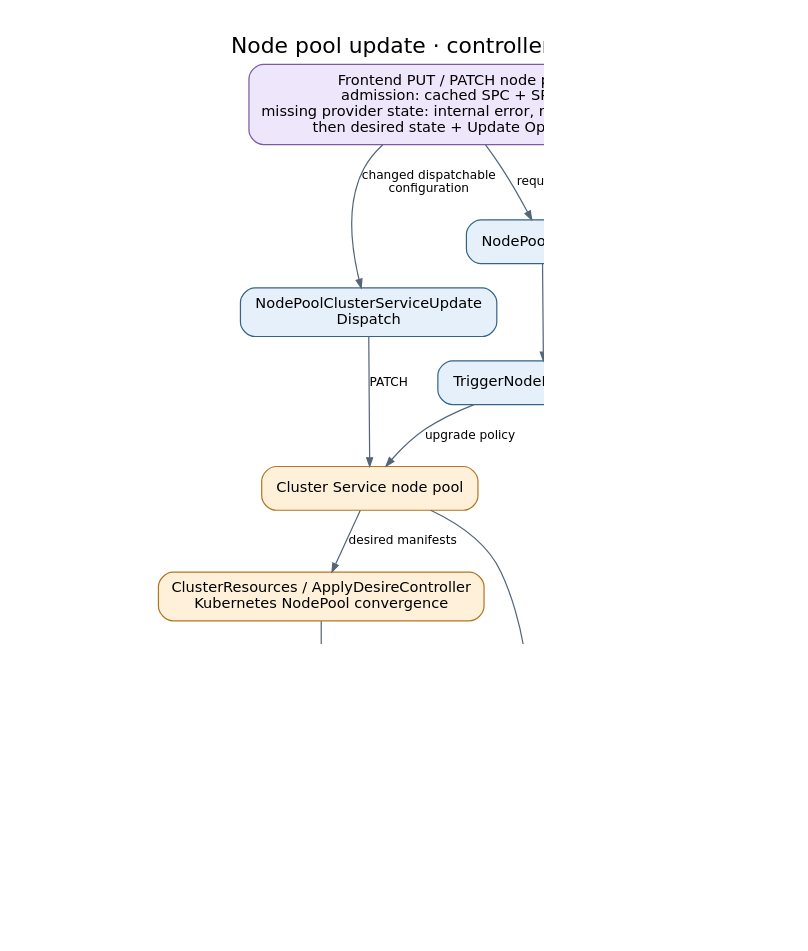
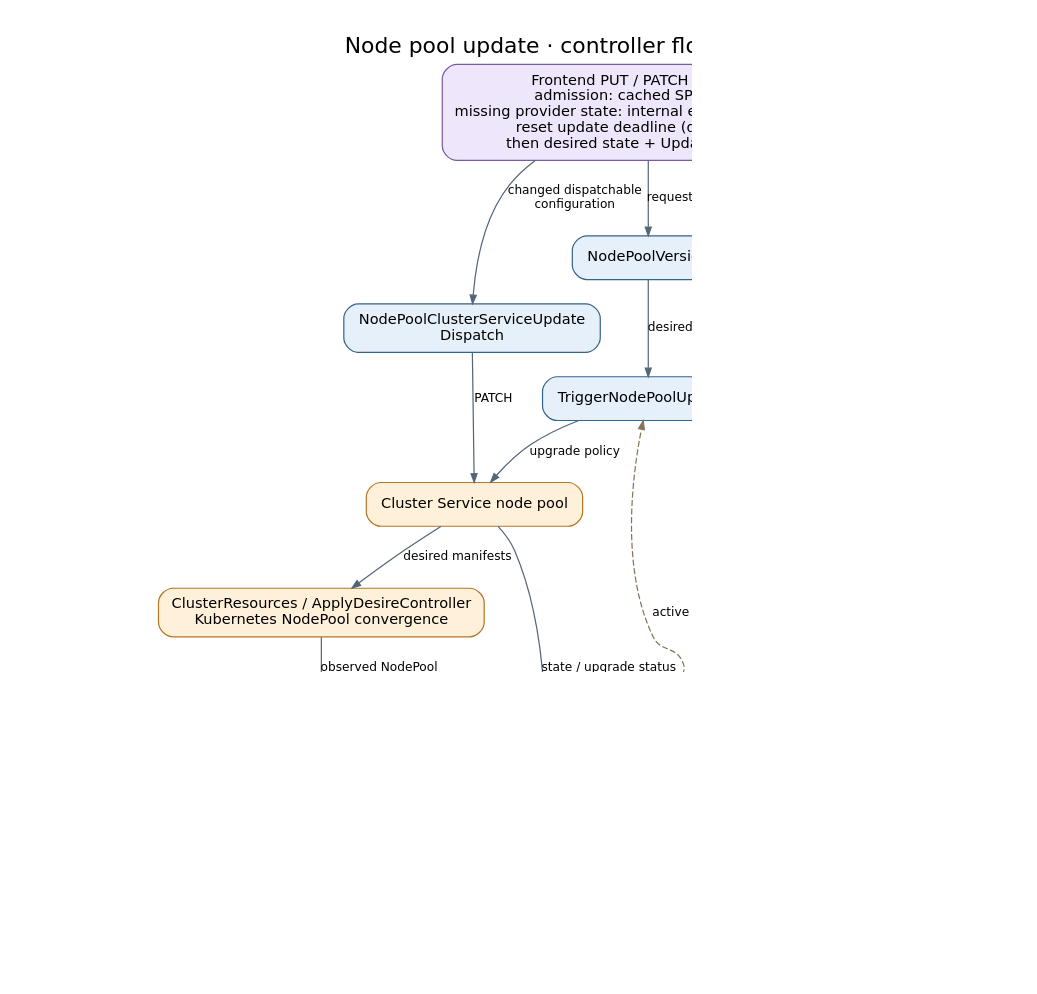
Before and after one commit to Azure/ARO-HCP: the diagram in docs/diagrams/controller-flows/nodepool-update.dot, drawn with Graphviz. The commit also changed 24 other files, not shown here.

First line of the commit message:
fix: enforce cluster and node pool update deadlines

```diff
--- a/docs/diagrams/controller-flows/nodepool-update.dot
+++ b/docs/diagrams/controller-flows/nodepool-update.dot
@@ -1,30 +1,31 @@
 digraph nodepool_update {
   graph [rankdir=TB, bgcolor="white", pad="0.3", nodesep="0.4", ranksep="0.55", fontname="DejaVu Sans", fontsize=18, labelloc=t, label="Node pool update · controller flow", dpi=110];
   node [shape=box, style="rounded,filled", fillcolor="#e6f0fa", color="#35648a", fontname="DejaVu Sans", fontsize=12, margin="0.16,0.10"];
   edge [color="#536577", fontname="DejaVu Sans", fontsize=10, arrowsize=0.7];
-  api [label="Frontend PUT / PATCH node pool\nadmission: cached SPC + SPNP\nmissing provider state: internal error, no live fallback\nthen desired state + Update Operation", fillcolor="#eee7fb", color="#7b59a4"];
+  api [label="Frontend PUT / PATCH node pool\nadmission: cached SPC + SPNP\nmissing provider state: internal error, no live fallback\nreset update deadline (default 60m)\nthen desired state + Update Operation", fillcolor="#eee7fb", color="#7b59a4"];
   dispatch [label="NodePoolClusterServiceUpdate\nDispatch", fillcolor="#e6f0fa", color="#35648a"];
   version [label="NodePoolVersion", fillcolor="#e6f0fa", color="#35648a"];
   upgrade [label="TriggerNodePoolUpgrade", fillcolor="#e6f0fa", color="#35648a"];
   cs [label="Cluster Service node pool", fillcolor="#fff0da", color="#b27624"];
   kube [label="ClusterResources / ApplyDesireController\nKubernetes NodePool convergence", fillcolor="#fff0da", color="#b27624"];
   mirror [label="ReadDesireKubernetesController", fillcolor="#e6f0fa", color="#35648a"];
   active [label="NodePoolActiveVersions", fillcolor="#e6f0fa", color="#35648a"];
   op [label="OperationNodePoolUpdate", fillcolor="#e6f0fa", color="#35648a"];
   done [label="ARM operation terminal state", fillcolor="#e4f2e5", color="#4c8053"];
   api -> dispatch [label="changed dispatchable\nconfiguration"];
   api -> version [label="requested version"];
   version -> upgrade [label="desired version"];
   dispatch -> cs [label="PATCH"];
   upgrade -> cs [label="upgrade policy"];
   cs -> kube [label="desired manifests"];
   kube -> mirror [label="observed NodePool"];
   mirror -> active [label="observed version"];
+  api -> op [label="UpdateOperationCompletionDeadline"];
   cs -> op [label="state / upgrade status"];
   mirror -> op [label="replicas + health conditions\n(health skipped at fixed zero)"];
-  op -> done [label="complete or fail"];
+  op -> done [label="completion / failure checks;\npending past deadline: selected code + reasons;\nonly InternalServerError becomes DeadlineExceeded"];
   observed [label="Customer resource Status.ActiveVersions\nfull OCP versions", fillcolor="#e4f2e5", color="#4c8053"];
   active -> observed [label="separate Cosmos replace"];
   active -> upgrade [label="active versus desired", style=dashed, color="#857456", constraint=false];
   op -> op [label="pending: poll again", style=dashed, color="#857456", constraint=false];
 }
```
